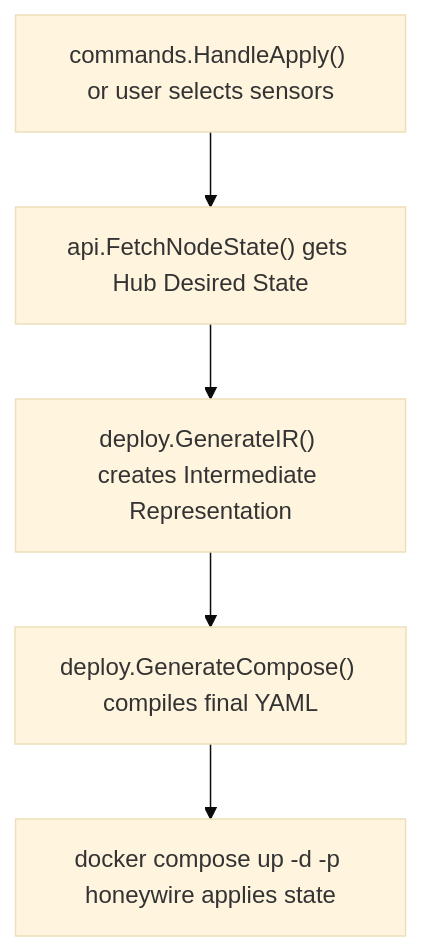
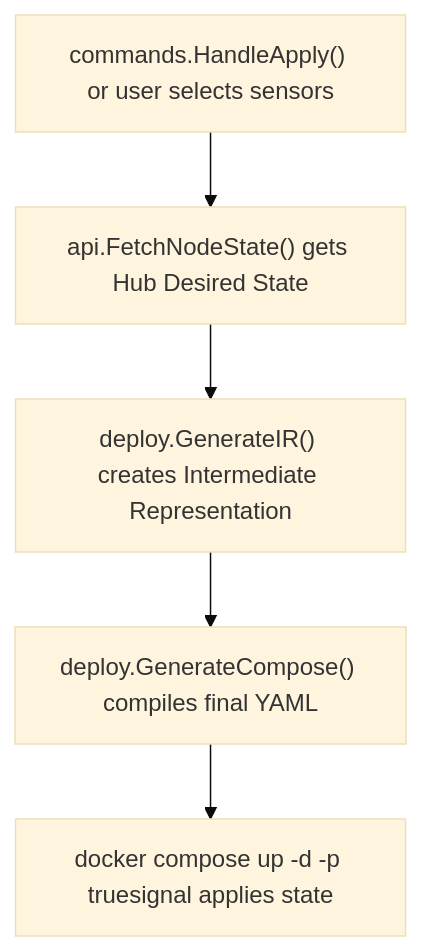
One commit to mahmoudahmed3132/TrueSignal changed the eighth of 9 diagrams in Docs/architecture/wizard/README.md. Above: the diagram before and after it, drawn with Mermaid (base theme). The commit also changed other lines of this file and 181 other files, not shown here.

````diff
--- a/Docs/architecture/wizard/README.md
+++ b/Docs/architecture/wizard/README.md
@@ -195,7 +195,7 @@
 ```mermaid
 graph TD
     User["commands.HandleApply() or user selects sensors"] --> Fetch["api.FetchNodeState() gets Hub Desired State"]
     Fetch --> IR["deploy.GenerateIR() creates Intermediate Representation"]
     IR --> Compose["deploy.GenerateCompose() compiles final YAML"]
-    Compose --> Docker["docker compose up -d -p honeywire applies state"]
+    Compose --> Docker["docker compose up -d -p truesignal applies state"]
 ```
````
